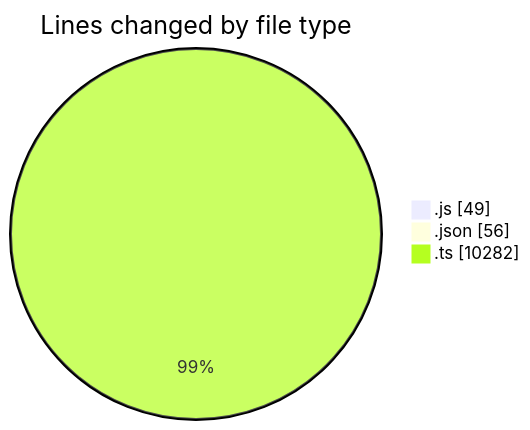
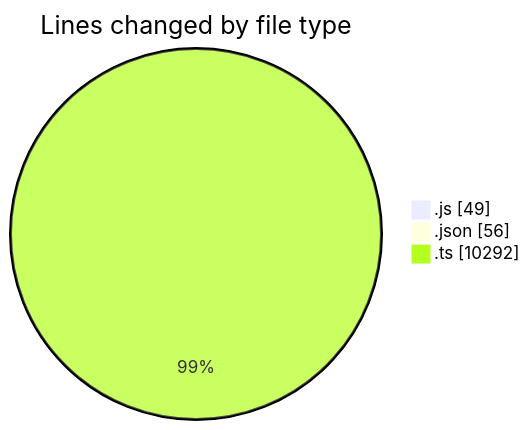
Before and after one commit to momahboobian/code-tracking: the first of 2 diagrams in 2025-09-04/cda/README.md, drawn with Mermaid. The commit also changed other lines of this file and 1 other file, not shown here.

````diff
--- a/2025-09-04/cda/README.md
+++ b/2025-09-04/cda/README.md
@@ -24,7 +24,7 @@
 ```mermaid
 pie showData
 title Lines changed by file type
 ".js" : 49
 ".json" : 56
-".ts" : 10282
+".ts" : 10292
 ```
````
